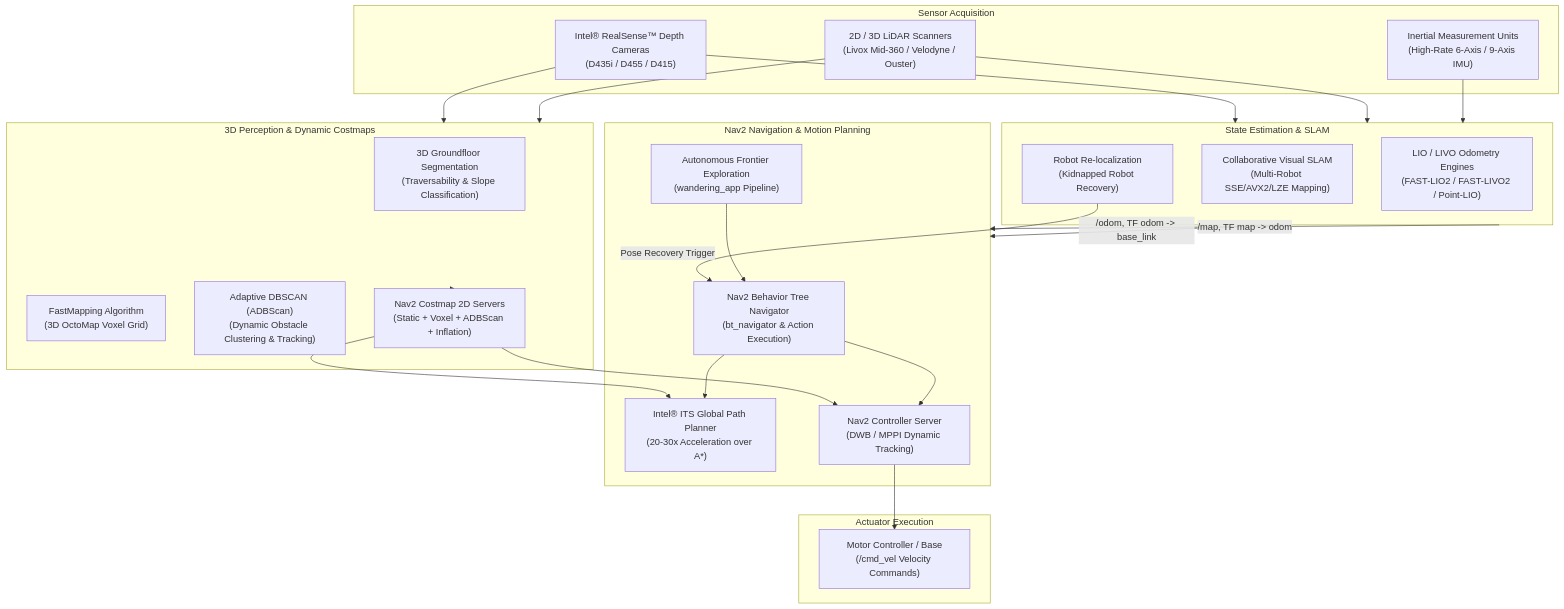
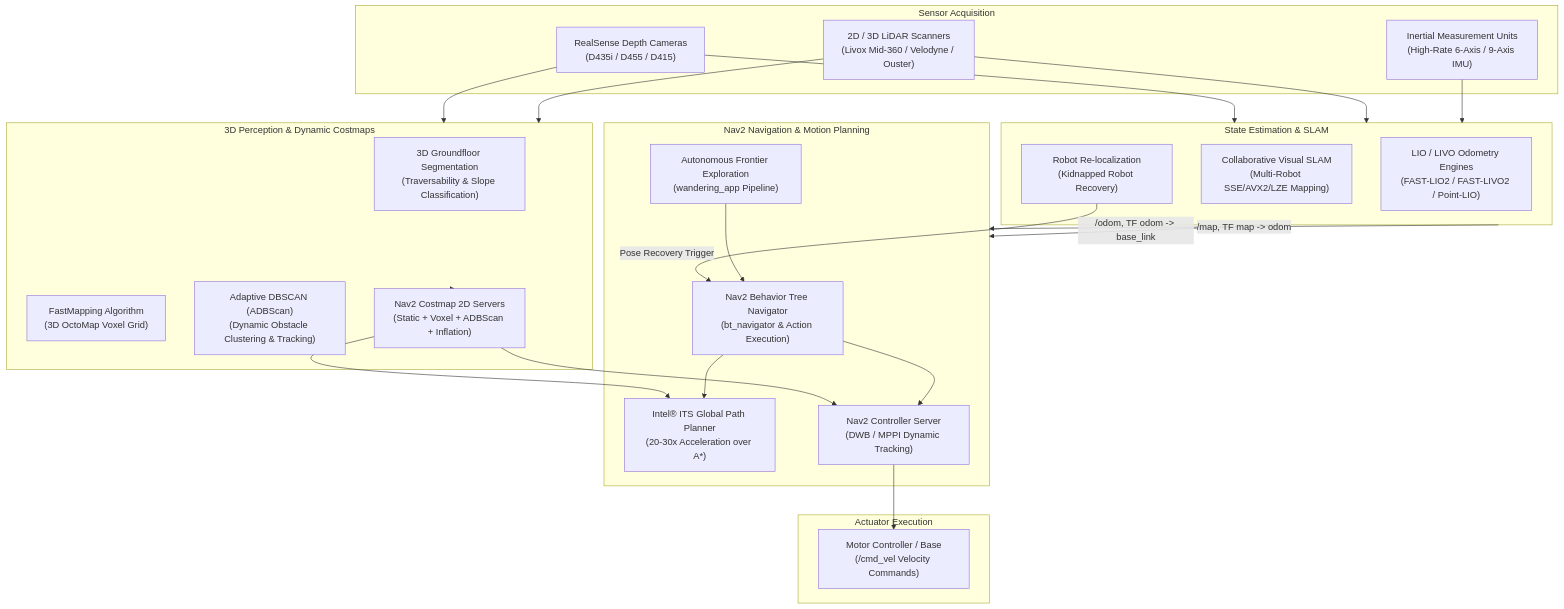
The diagram in docs/user-guide/components/navigation/index.md (open-edge-platform/robotics-ai-suite-staging), drawn with Mermaid before and after one commit. The commit also changed 30 other files, not shown here.

````diff
--- a/docs/user-guide/components/navigation/index.md
+++ b/docs/user-guide/components/navigation/index.md
@@ -12,52 +12,52 @@
 ```{mermaid}
 flowchart TD
     subgraph Sensors["Sensor Acquisition"]
-        RS["Intel® RealSense™ Depth Cameras\n(D435i / D455 / D415)"]
+        RS["RealSense Depth Cameras\n(D435i / D455 / D415)"]
         LiDAR["2D / 3D LiDAR Scanners\n(Livox Mid-360 / Velodyne / Ouster)"]
         IMU["Inertial Measurement Units\n(High-Rate 6-Axis / 9-Axis IMU)"]
     end
 
     subgraph State_Estimation["State Estimation & SLAM"]
         LIO["LIO / LIVO Odometry Engines\n(FAST-LIO2 / FAST-LIVO2 / Point-LIO)"]
         CollabSLAM["Collaborative Visual SLAM\n(Multi-Robot SSE/AVX2/LZE Mapping)"]
         Reloc["Robot Re-localization\n(Kidnapped Robot Recovery)"]
     end
 
     subgraph Costmaps["3D Perception & Dynamic Costmaps"]
         GF["3D Groundfloor Segmentation\n(Traversability & Slope Classification)"]
         FM["FastMapping Algorithm\n(3D OctoMap Voxel Grid)"]
         ADB["Adaptive DBSCAN (ADBScan)\n(Dynamic Obstacle Clustering & Tracking)"]
         Costmap2D["Nav2 Costmap 2D Servers\n(Static + Voxel + ADBScan + Inflation)"]
     end
 
     subgraph Planning_Control["Nav2 Navigation & Motion Planning"]
         BT["Nav2 Behavior Tree Navigator\n(bt_navigator & Action Execution)"]
         ITS["Intel® ITS Global Path Planner\n(20-30x Acceleration over A*)"]
         Controller["Nav2 Controller Server\n(DWB / MPPI Dynamic Tracking)"]
         Wandering["Autonomous Frontier Exploration\n(wandering_app Pipeline)"]
     end
 
     subgraph Actuation["Actuator Execution"]
         CmdVel["Motor Controller / Base\n(/cmd_vel Velocity Commands)"]
     end
 
     RS --> State_Estimation
     LiDAR --> State_Estimation
     IMU --> State_Estimation
 
     RS --> Costmaps
     LiDAR --> Costmaps
 
     State_Estimation -->|/odom, TF odom -> base_link| Planning_Control
     State_Estimation -->|/map, TF map -> odom| Planning_Control
     Reloc -->|Pose Recovery Trigger| BT
 
     Costmaps --> Costmap2D
     Costmap2D --> ITS
     Costmap2D --> Controller
 
     BT --> ITS
     BT --> Controller
     Wandering --> BT
     Controller --> CmdVel
 ```
````
